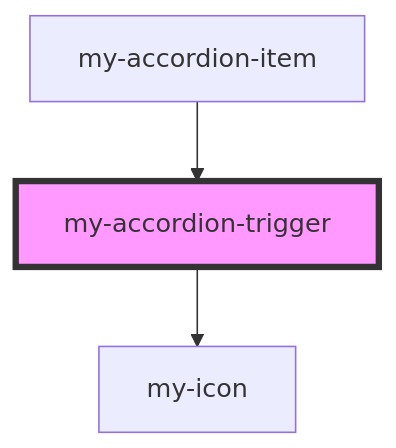
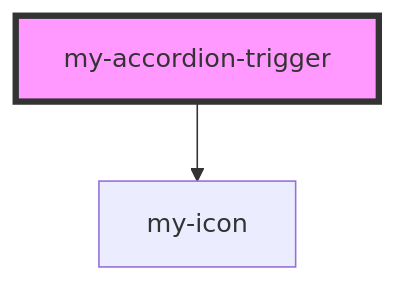
One commit to Andersseen/and-web-components changed the diagram in packages/stencil-library/src/components/my-accordion/readme.md. Above: the diagram before and after it, drawn with Mermaid. The commit also changed other lines of this file and 55 other files, not shown here.

````diff
--- a/packages/stencil-library/src/components/my-accordion/readme.md
+++ b/packages/stencil-library/src/components/my-accordion/readme.md
@@ -34,6 +15,5 @@
 ```mermaid
 graph TD;
   my-accordion-trigger --> my-icon
-  my-accordion-item --> my-accordion-trigger
   style my-accordion-trigger fill:#f9f,stroke:#333,stroke-width:4px
 ```
````
